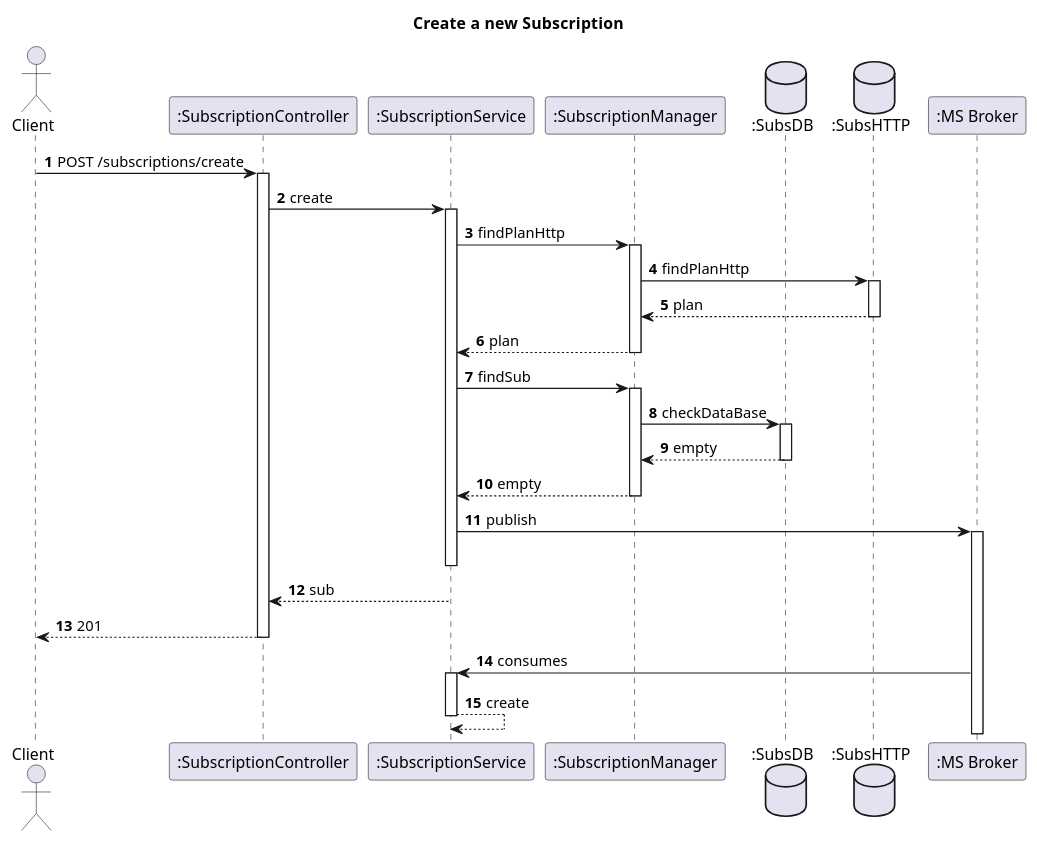
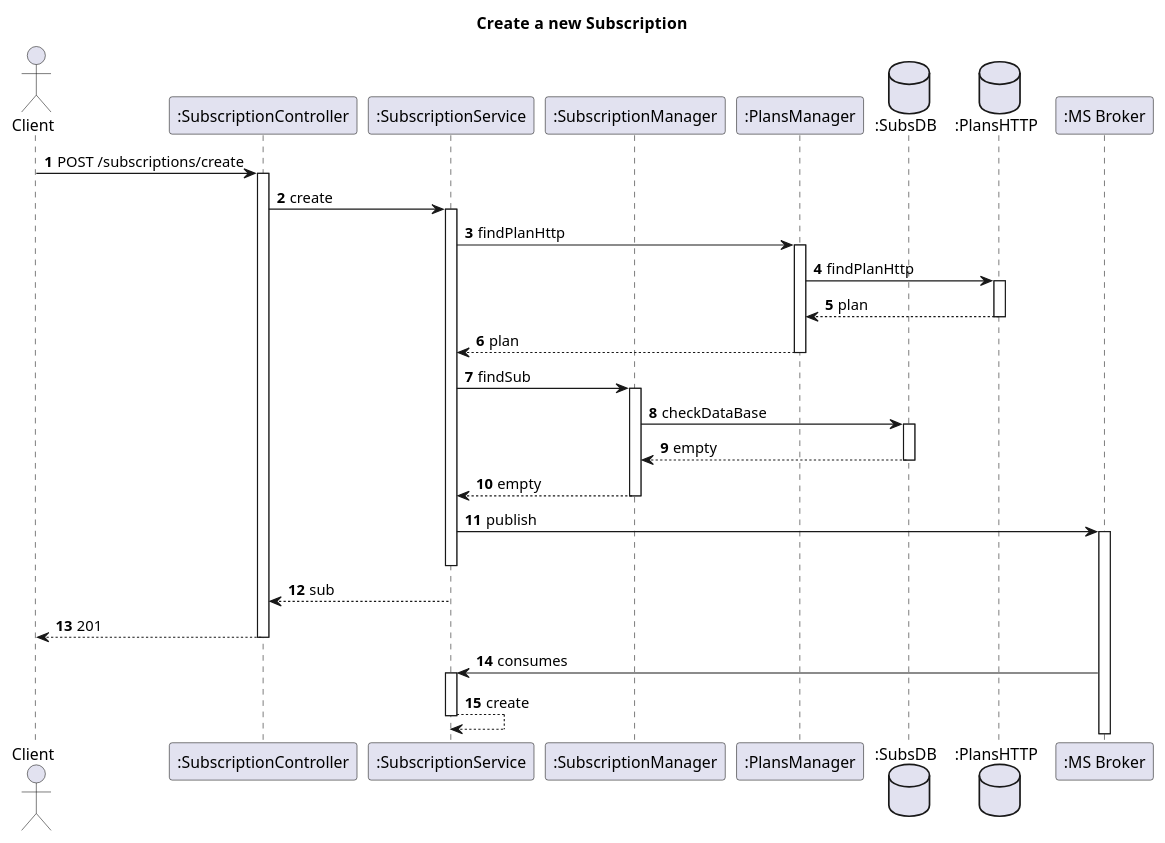
Before and after one commit to IsepMartimOliveira/SIDIS: the diagram in docs_sidis/Segunda_Avalição/Subs/Vista Logica/N3Alternativa/CreateSubscription.puml, drawn with PlantUML. The commit also changed 2 other files, not shown here.

Commit message:
cook some plan details docs

```diff
--- a/docs_sidis/Segunda_Avalição/Subs/Vista Logica/N3Alternativa/CreateSubscription.puml
+++ b/docs_sidis/Segunda_Avalição/Subs/Vista Logica/N3Alternativa/CreateSubscription.puml
@@ -1,40 +1,42 @@
 @startuml
 'https://plantuml.com/sequence-diagram
 autoactivate on
 autonumber
 title  Create  a new Subscription
 
 autonumber
 
 actor "Client" as Ac
 participant ":SubscriptionController" as Auth
 participant ":SubscriptionService" as SService
 participant ":SubscriptionManager" as UManager
+participant ":PlansManager" as PManager
+
 database ":SubsDB" as SDB
-database ":SubsHTTP" as SDBHTTP
+database ":PlansHTTP" as SDBHTTP
 
 
 
 participant ":MS Broker" as Broker
 
 Ac->Auth: POST /subscriptions/create
 Auth->SService: create
 
-SService-> UManager: findPlanHttp
-UManager->SDBHTTP:findPlanHttp
-SDBHTTP-->UManager: plan
-UManager-->SService: plan
+SService-> PManager: findPlanHttp
+PManager->SDBHTTP:findPlanHttp
+SDBHTTP-->PManager: plan
+PManager-->SService: plan
 
 SService->UManager:findSub
 UManager->SDB: checkDataBase
 SDB-->UManager:empty
 UManager --> SService:empty
 SService->Broker: publish
 deactivate SService
 SService -->Auth:sub
 Auth --> Ac : 201
 Broker-> SService: consumes
 SService --> SService: create
 
 
 @enduml
```
